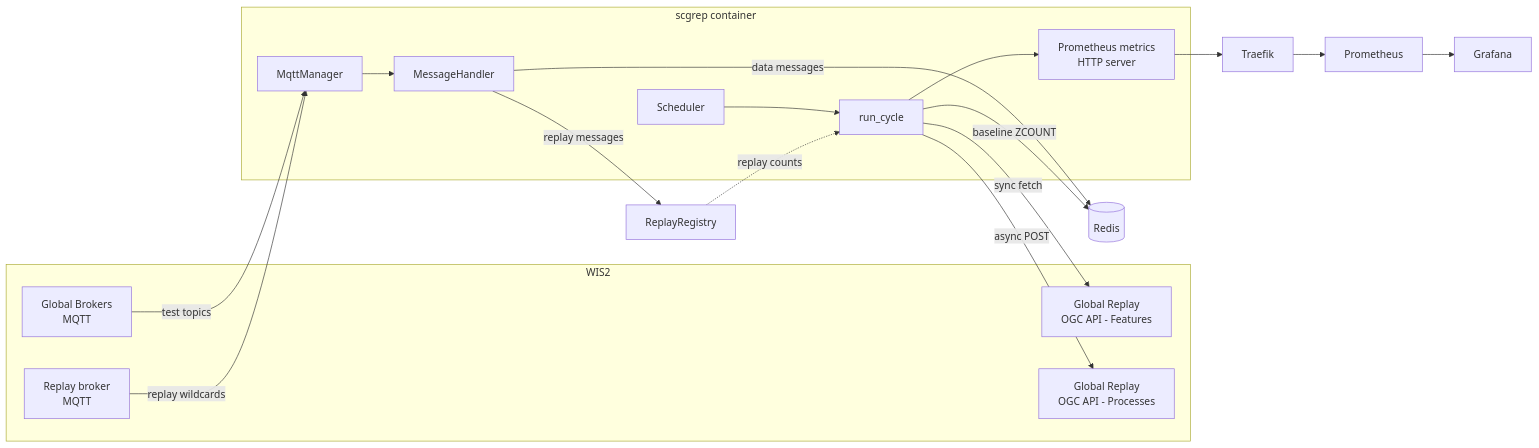
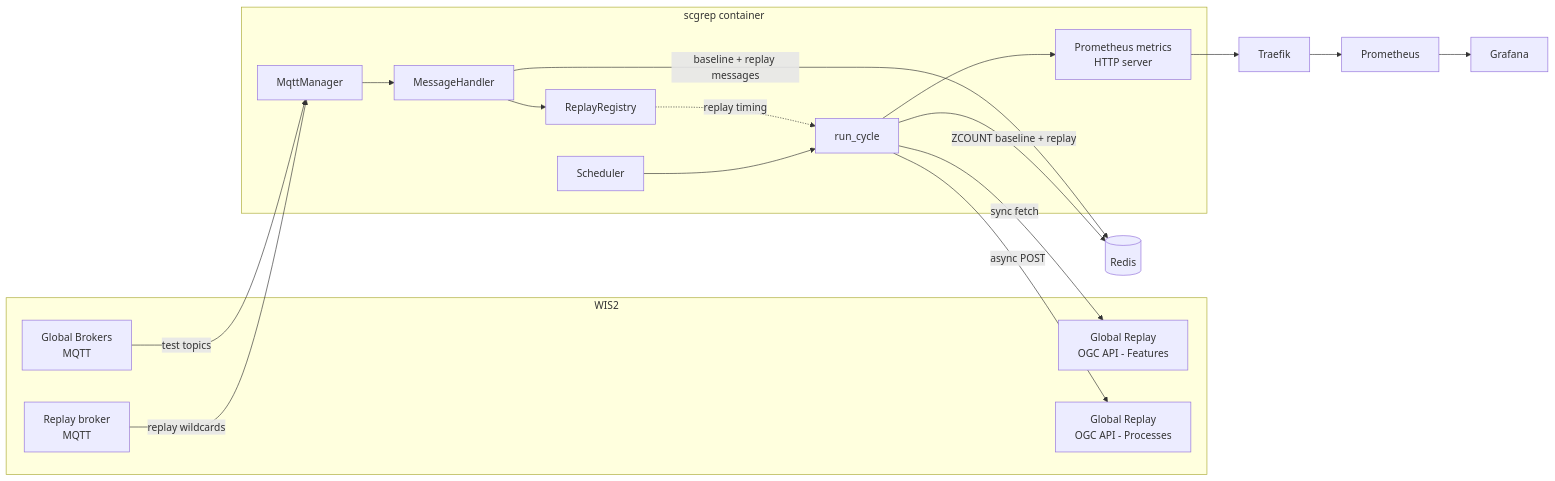
Before and after one commit to 6a6d74/scgrep: the first of 2 diagrams in ARCHITECTURE.md, drawn with Mermaid.

Commit message:
Fix architecture diagram: ReplayRegistry belongs inside the container
ReplayRegistry is an in-process component; it was rendered outside the "scgrep
container" subgraph only because Mermaid places a node in whichever subgraph it
is first declared in, and it was first referenced in an edge below the subgraph.
Declare it inside, and correct the edges to match the current design (registry =
replay timing; deduplicated count via Redis).

````diff
--- a/ARCHITECTURE.md
+++ b/ARCHITECTURE.md
@@ -35,26 +35,26 @@
 ```mermaid
 flowchart LR
   subgraph wis2["WIS2"]
     GB[Global Brokers<br/>MQTT]
     RB[Replay broker<br/>MQTT]
     GRF[Global Replay<br/>OGC API - Features]
     GRP[Global Replay<br/>OGC API - Processes]
   end
 
   subgraph app["scgrep container"]
     MM[MqttManager] --> MH[MessageHandler]
+    MH --> RR[ReplayRegistry]
+    RR -.->|replay timing| RC
     SCH[Scheduler] --> RC[run_cycle]
     RC --> MET[Prometheus metrics<br/>HTTP server]
   end
 
   GB -->|test topics| MM
   RB -->|replay wildcards| MM
-  MH -->|data messages| RS[(Redis)]
-  MH -->|replay messages| RR[ReplayRegistry]
-  RC -->|baseline ZCOUNT| RS
+  MH -->|baseline + replay messages| RS[(Redis)]
+  RC -->|ZCOUNT baseline + replay| RS
   RC -->|sync fetch| GRF
   RC -->|async POST| GRP
-  RR -.->|replay counts| RC
 
   MET --> TR[Traefik] --> PR[Prometheus] --> GF[Grafana]
 ```
````
